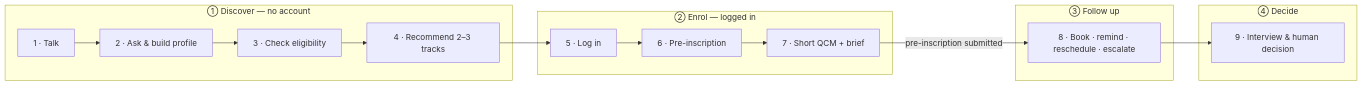
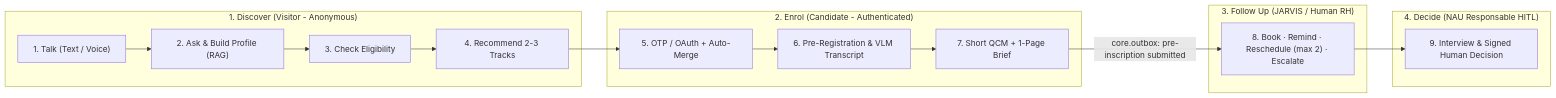
One commit to mahdizouari/SmartCampus_NightAgents changed the diagram in README.md. Above: the diagram before and after it, drawn with Mermaid. The commit also changed other lines of this file and 50 other files, not shown here.

````diff
--- a/README.md
+++ b/README.md
@@ -29,18 +34,18 @@
 ```mermaid
 flowchart LR
-    subgraph D["① Discover — no account"]
-        S1[1 · Talk] --> S2[2 · Ask & build profile] --> S3[3 · Check eligibility] --> S4[4 · Recommend 2–3 tracks]
+    subgraph P1["1. Discover (Visitor - Anonymous)"]
+        S1["1. Talk (Text / Voice)"] --> S2["2. Ask & Build Profile (RAG)"] --> S3["3. Check Eligibility"] --> S4["4. Recommend 2-3 Tracks"]
     end
-    subgraph E["② Enrol — logged in"]
-        S5[5 · Log in] --> S6[6 · Pre-inscription] --> S7[7 · Short QCM + brief]
+    subgraph P2["2. Enrol (Candidate - Authenticated)"]
+        S5["5. OTP / OAuth + Auto-Merge"] --> S6["6. Pre-Registration & VLM Transcript"] --> S7["7. Short QCM + 1-Page Brief"]
     end
-    subgraph F["③ Follow up"]
-        S8[8 · Book · remind · reschedule · escalate]
+    subgraph P3["3. Follow Up (JARVIS / Human RH)"]
+        S8["8. Book · Remind · Reschedule (max 2) · Escalate"]
     end
-    subgraph H["④ Decide"]
-        S9[9 · Interview & human decision]
+    subgraph P4["4. Decide (NAU Responsable HITL)"]
+        S9["9. Interview & Signed Human Decision"]
     end
     S4 --> S5
-    S7 -- pre-inscription submitted --> S8
+    S7 -- "core.outbox: pre-inscription submitted" --> S8
     S8 --> S9
 ```
````
